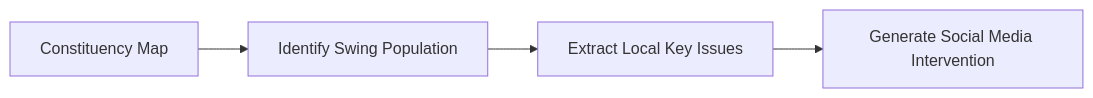
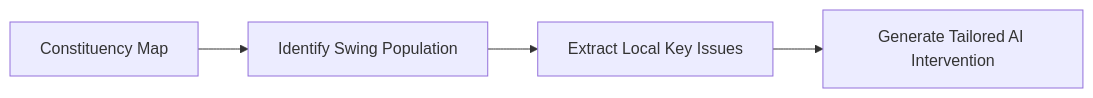
One commit to pramodcbabu/debaz changed the diagram in nethra/README.md. Above: the diagram before and after it, drawn with Mermaid. The commit also changed other lines of this file and 7 other files, not shown here.

````diff
--- a/nethra/README.md
+++ b/nethra/README.md
@@ -23,6 +23,6 @@
 ```mermaid
 graph LR
     A[Constituency Map] --> B[Identify Swing Population]
     B --> C[Extract Local Key Issues]
-    C --> D[Generate Social Media Intervention]
+    C --> D[Generate Tailored AI Intervention]
 ```
````
